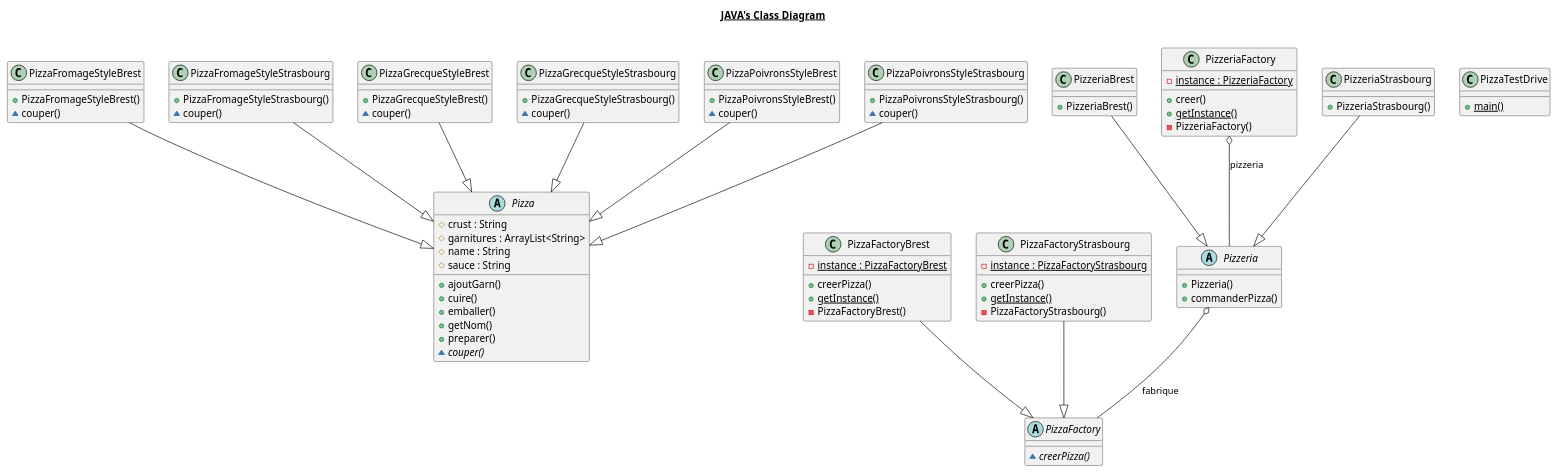
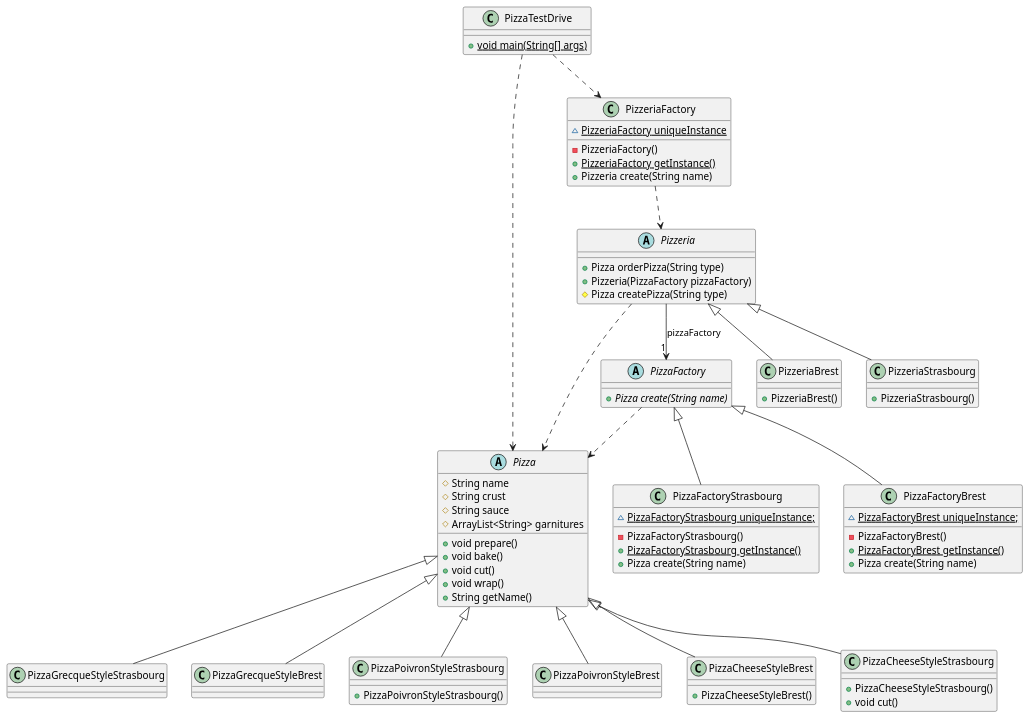
The diagram in docs/TP3.plantuml (IUT-Blagnac/cpoa-tp3-theodeveloppe), drawn with PlantUML before and after one commit. The commit also changed 1 other file, not shown here.

```diff
--- a/docs/TP3.plantuml
+++ b/docs/TP3.plantuml
@@ -1,147 +1,112 @@
 @startuml
 
-title __JAVA's Class Diagram__\n
-
-    abstract class Pizza {
-        # crust : String
-        # garnitures : ArrayList<String>
-        # name : String
-        # sauce : String
-        + ajoutGarn()
-        + cuire()
-        + emballer()
-        + getNom()
-        + preparer()
-        {abstract} ~ couper()
-    }
+' definitions
+' - - - - - - - - - - -
 
 
+class PizzaTestDrive [[java:appli.PizzaTestDrive]] {
+	+{static}void main(String[] args)
+}
+abstract class Pizza [[java:pizza.Pizza]] {
+	#String name
+	#String crust
+	#String sauce
+	#ArrayList<String> garnitures
+	+void prepare()
+	+void bake()
+	+void cut()
+	+void wrap()
+	+String getName()
+}
 
-    abstract class PizzaFactory {
-        {abstract} ~ creerPizza()
-    }
+abstract class PizzaFactory [[java:pizza.factory.PizzaFactory]] {
+	+{abstract}Pizza create(String name)
+}
+
+class PizzaFactoryStrasbourg [[java:pizza.factory.impl.PizzaFactoryStrasbourg]] {
+	~{static}PizzaFactoryStrasbourg uniqueInstance;
+
+	-PizzaFactoryStrasbourg()
+	+{static}PizzaFactoryStrasbourg getInstance()
+	+Pizza create(String name)
+}
+
+class PizzaFactory [[java:pizza.factory.PizzaFactory]] {
+}
+PizzaFactory <|-- PizzaFactoryStrasbourg
+
+class PizzaFactoryBrest [[java:pizza.factory.impl.PizzaFactoryBrest]] {
+
+	~{static}PizzaFactoryBrest uniqueInstance;
+
+	-PizzaFactoryBrest()
+	+{static}PizzaFactoryBrest getInstance()
+	+Pizza create(String name)
+}
+class PizzaFactory [[java:pizza.factory.PizzaFactory]] {
+}
+PizzaFactory <|-- PizzaFactoryBrest
+class PizzaGrecqueStyleStrasbourg [[java:pizza.impl.PizzaGrecqueStyleStrasbourg]] {
+}
+abstract class Pizza [[java:pizza.Pizza]] {
+}
+Pizza <|-- PizzaGrecqueStyleStrasbourg
+class PizzaGrecqueStyleBrest [[java:pizza.impl.PizzaGrecqueStyleBrest]] {
+}
+
+Pizza <|-- PizzaGrecqueStyleBrest
+class PizzaPoivronStyleStrasbourg [[java:pizza.impl.PizzaPoivronStyleStrasbourg]] {
+	+PizzaPoivronStyleStrasbourg()
+}
+
+Pizza <|-- PizzaPoivronStyleStrasbourg
+class PizzaPoivronStyleBrest [[java:pizza.impl.PizzaPoivronStyleBrest]] {
+}
+
+Pizza <|-- PizzaPoivronStyleBrest
+class PizzaCheeseStyleBrest [[java:pizza.impl.PizzaCheeseStyleBrest]] {
+	+PizzaCheeseStyleBrest()
+}
+Pizza <|-- PizzaCheeseStyleBrest
+class PizzaCheeseStyleStrasbourg [[java:pizza.impl.PizzaCheeseStyleStrasbourg]] {
+	+PizzaCheeseStyleStrasbourg()
+	+void cut()
+}
 
 
+Pizza <|-- PizzaCheeseStyleStrasbourg
+abstract class Pizzeria [[java:pizzeria.Pizzeria]] {
+	+Pizza orderPizza(String type)
+	+Pizzeria(PizzaFactory pizzaFactory)
+	#Pizza createPizza(String type)
+}
+abstract class PizzaFactory [[java:pizza.factory.PizzaFactory]] {
+}
+Pizzeria --> "1" PizzaFactory : pizzaFactory
+class PizzeriaFactory [[java:pizzeria.factory.PizzeriaFactory]] {
+	~{static}PizzeriaFactory uniqueInstance
+	-PizzeriaFactory()
+	+{static}PizzeriaFactory getInstance()
+	+Pizzeria create(String name)
+}
+class PizzeriaBrest [[java:pizzeria.impl.PizzeriaBrest]] {
+	+PizzeriaBrest()
+}
+class Pizzeria [[java:pizzeria.Pizzeria]] {
+}
+Pizzeria <|-- PizzeriaBrest
+class PizzeriaStrasbourg [[java:pizzeria.impl.PizzeriaStrasbourg]] {
+	+PizzeriaStrasbourg()
+}
+abstract class Pizzeria [[java:pizzeria.Pizzeria]] {
+}
+Pizzeria <|-- PizzeriaStrasbourg
 
-
-    class PizzaFactoryBrest {
-        {static} - instance : PizzaFactoryBrest
-        + creerPizza()
-        {static} + getInstance()
-        - PizzaFactoryBrest()
-    }
-
-
-
-
-    class PizzaFactoryStrasbourg {
-        {static} - instance : PizzaFactoryStrasbourg
-        + creerPizza()
-        {static} + getInstance()
-        - PizzaFactoryStrasbourg()
-    }
-
-
-
-
-    class PizzaFromageStyleBrest {
-        + PizzaFromageStyleBrest()
-        ~ couper()
-    }
-
-
-
-
-    class PizzaFromageStyleStrasbourg {
-        + PizzaFromageStyleStrasbourg()
-        ~ couper()
-    }
-
-
-
-
-    class PizzaGrecqueStyleBrest {
-        + PizzaGrecqueStyleBrest()
-        ~ couper()
-    }
-
-
-
-
-    class PizzaGrecqueStyleStrasbourg {
-        + PizzaGrecqueStyleStrasbourg()
-        ~ couper()
-    }
-
-
-
-
-    class PizzaPoivronsStyleBrest {
-        + PizzaPoivronsStyleBrest()
-        ~ couper()
-    }
-
-
-
-
-    class PizzaPoivronsStyleStrasbourg {
-        + PizzaPoivronsStyleStrasbourg()
-        ~ couper()
-    }
-
-
-
-    class PizzaTestDrive {
-        {static} + main()
-    }
-
-
-
-
-    abstract class Pizzeria {
-        + Pizzeria()
-        + commanderPizza()
-    }
-
-
-
-
-    class PizzeriaBrest {
-        + PizzeriaBrest()
-    }
-
-
-
-
-    class PizzeriaFactory {
-        {static} - instance : PizzeriaFactory
-        + creer()
-        {static} + getInstance()
-        - PizzeriaFactory()
-    }
-
-
-
-
-    class PizzeriaStrasbourg {
-        + PizzeriaStrasbourg()
-    }
-
-
-
-  PizzaFactoryBrest --|> PizzaFactory
-  PizzaFactoryStrasbourg --|> PizzaFactory
-  PizzaFromageStyleBrest --|> Pizza
-  PizzaFromageStyleStrasbourg --|> Pizza
-  PizzaGrecqueStyleBrest --|> Pizza
-  PizzaGrecqueStyleStrasbourg --|> Pizza
-  PizzaPoivronsStyleBrest --|> Pizza
-  PizzaPoivronsStyleStrasbourg --|> Pizza
-  Pizzeria o-- PizzaFactory : fabrique
-  PizzeriaBrest --|> Pizzeria
-  PizzeriaFactory o-- Pizzeria : pizzeria
-  PizzeriaStrasbourg --|> Pizzeria
-
-
+ 'Dependencies added manually
+ PizzaTestDrive ..> PizzeriaFactory
+ PizzaTestDrive ..> Pizza
+ PizzeriaFactory ..> Pizzeria
+ PizzaFactory ..> Pizza
+ Pizzeria ..> Pizza
 
 @enduml
```
